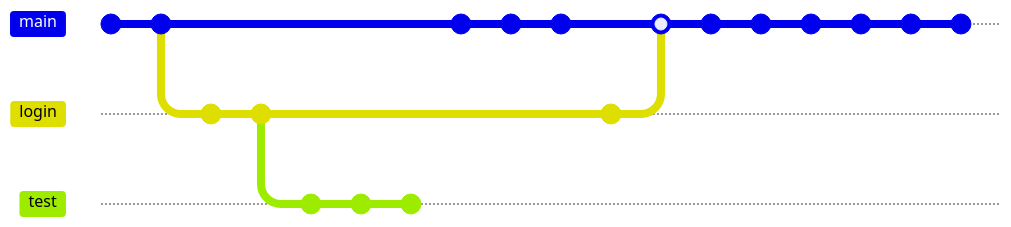
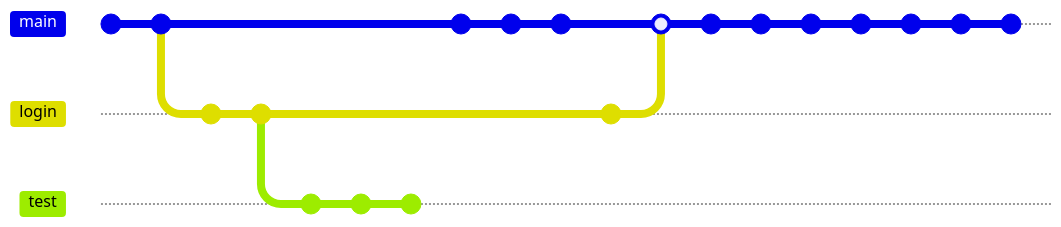
Before and after one commit to cychitivav/git-training: the diagram in README.md, drawn with Mermaid. The commit also changed other lines of this file, not shown here. Commit ids are hidden.

````diff
--- a/README.md
+++ b/README.md
@@ -56,26 +116,27 @@
 ```mermaid
 gitGraph
     commit id: "First"
     commit
     branch login
     commit
     commit
     branch test
     commit
     commit
     commit
     checkout main
     commit
     commit
     commit
     checkout login
     commit
     checkout main
     merge login
     commit
     commit
     commit
     commit
     commit
     commit
+    commit
 ```
````
